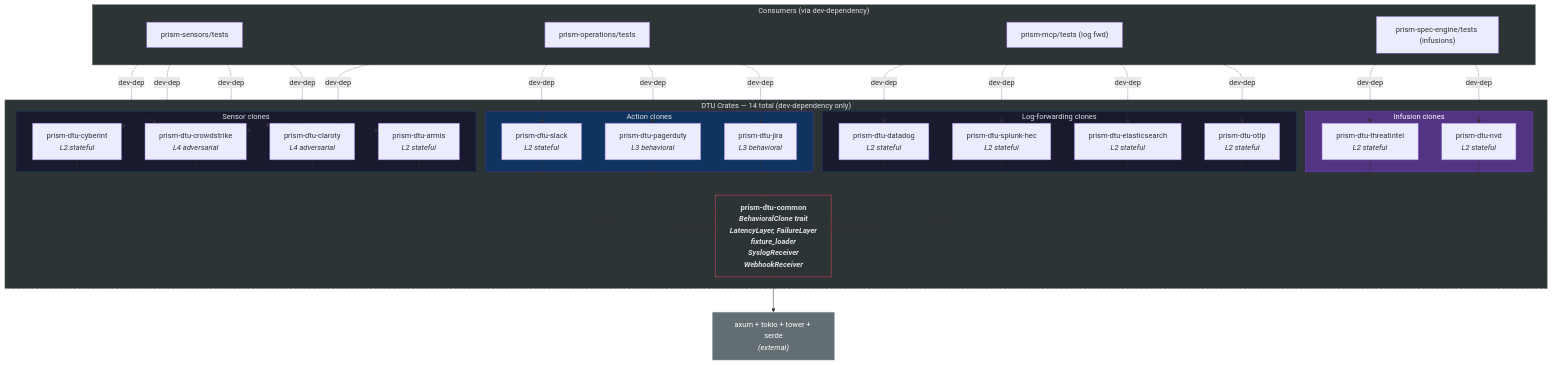
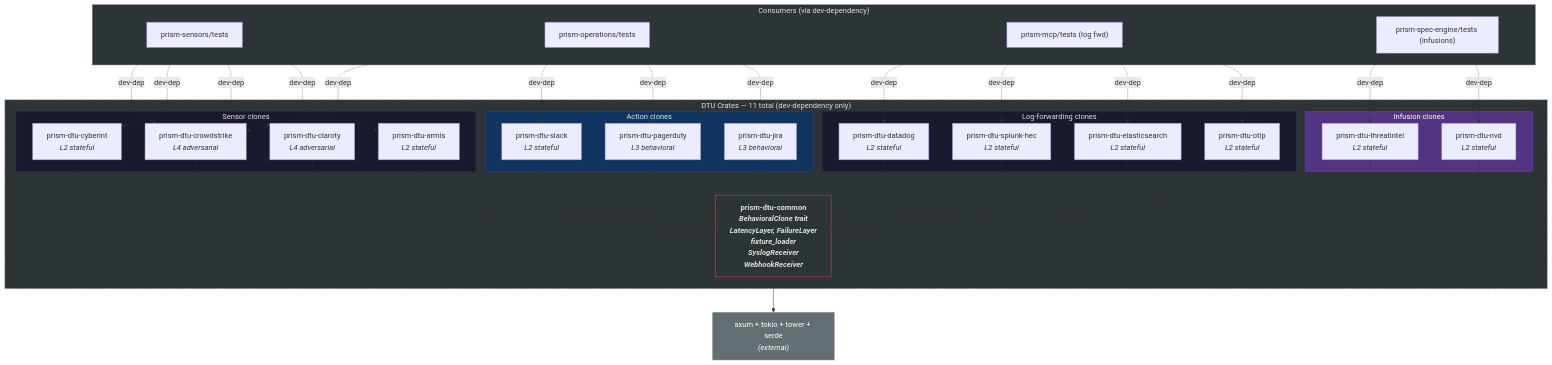
One commit to drbothen/prism changed the third of 3 diagrams in specs/architecture/dependency-graph.md. Above: the diagram before and after it, drawn with Mermaid. The commit also changed other lines of this file and 29 other files, not shown here.

````diff
--- a/specs/architecture/dependency-graph.md
+++ b/specs/architecture/dependency-graph.md
@@ -147,78 +149,78 @@
 ```mermaid
 graph TD
-    subgraph DTU["DTU Crates — 14 total (dev-dependency only)"]
+    subgraph DTU["DTU Crates — 11 total (dev-dependency only)"]
         DTUCOMMON["prism-dtu-common<br/><i>BehavioralClone trait<br/>LatencyLayer, FailureLayer<br/>fixture_loader<br/>SyslogReceiver<br/>WebhookReceiver</i>"]
 
         subgraph SENSORS["Sensor clones"]
             DTUC["prism-dtu-crowdstrike<br/><i>L4 adversarial</i>"]
             DTUCL["prism-dtu-claroty<br/><i>L4 adversarial</i>"]
             DTUCY["prism-dtu-cyberint<br/><i>L2 stateful</i>"]
             DTUA["prism-dtu-armis<br/><i>L2 stateful</i>"]
         end
 
         subgraph ACTIONS["Action clones"]
             DTUSLK["prism-dtu-slack<br/><i>L2 stateful</i>"]
             DTUPD["prism-dtu-pagerduty<br/><i>L3 behavioral</i>"]
             DTUJR["prism-dtu-jira<br/><i>L3 behavioral</i>"]
         end
 
         subgraph INFUSIONS["Infusion clones"]
             DTUTI["prism-dtu-threatintel<br/><i>L2 stateful</i>"]
             DTUNVD["prism-dtu-nvd<br/><i>L2 stateful</i>"]
         end
 
         subgraph LOGFWD["Log-forwarding clones"]
             DTUDD["prism-dtu-datadog<br/><i>L2 stateful</i>"]
             DTUSH["prism-dtu-splunk-hec<br/><i>L2 stateful</i>"]
             DTUES["prism-dtu-elasticsearch<br/><i>L2 stateful</i>"]
             DTUOT["prism-dtu-otlp<br/><i>L2 stateful</i>"]
         end
     end
 
     subgraph CONSUMERS["Consumers (via dev-dependency)"]
         SENS_TEST["prism-sensors/tests"]
         OPS_TEST["prism-operations/tests"]
         OBS_TEST["prism-mcp/tests (log fwd)"]
         INFUSE_TEST["prism-spec-engine/tests (infusions)"]
     end
 
     SENS_TEST -.->|"dev-dep"| DTUC
     SENS_TEST -.->|"dev-dep"| DTUCY
     SENS_TEST -.->|"dev-dep"| DTUCL
     SENS_TEST -.->|"dev-dep"| DTUA
     OPS_TEST -.->|"dev-dep"| DTUC
     OPS_TEST -.->|"dev-dep"| DTUSLK
     OPS_TEST -.->|"dev-dep"| DTUPD
     OPS_TEST -.->|"dev-dep"| DTUJR
     OBS_TEST -.->|"dev-dep"| DTUDD
     OBS_TEST -.->|"dev-dep"| DTUSH
     OBS_TEST -.->|"dev-dep"| DTUES
     OBS_TEST -.->|"dev-dep"| DTUOT
     INFUSE_TEST -.->|"dev-dep"| DTUTI
     INFUSE_TEST -.->|"dev-dep"| DTUNVD
 
     DTUC --> DTUCOMMON
     DTUCL --> DTUCOMMON
     DTUCY --> DTUCOMMON
     DTUA --> DTUCOMMON
     DTUSLK --> DTUCOMMON
     DTUPD --> DTUCOMMON
     DTUJR --> DTUCOMMON
     DTUNVD --> DTUCOMMON
     DTUDD --> DTUCOMMON
     DTUSH --> DTUCOMMON
     DTUES --> DTUCOMMON
     DTUOT --> DTUCOMMON
     DTUTI --> DTUCOMMON
 
     DTUCOMMON --> AXM2["axum + tokio + tower + serde<br/><i>(external)</i>"]
 
     style DTU fill:#2d3436,stroke:#b2bec3,color:#e0e0e0,stroke-dasharray:5 5
     style SENSORS fill:#1a1a2e,stroke:#0f3460,color:#e0e0e0
     style ACTIONS fill:#0f3460,stroke:#533483,color:#e0e0e0
     style INFUSIONS fill:#533483,stroke:#7c3aed,color:#fff
     style LOGFWD fill:#1a1a2e,stroke:#0f3460,color:#e0e0e0
     style CONSUMERS fill:#2d3436,stroke:#636e72,color:#e0e0e0
     style AXM2 fill:#636e72,stroke:#b2bec3,color:#fff
     style DTUCOMMON fill:#2d3436,stroke:#e94560,color:#e0e0e0,font-weight:bold
 ```
````
